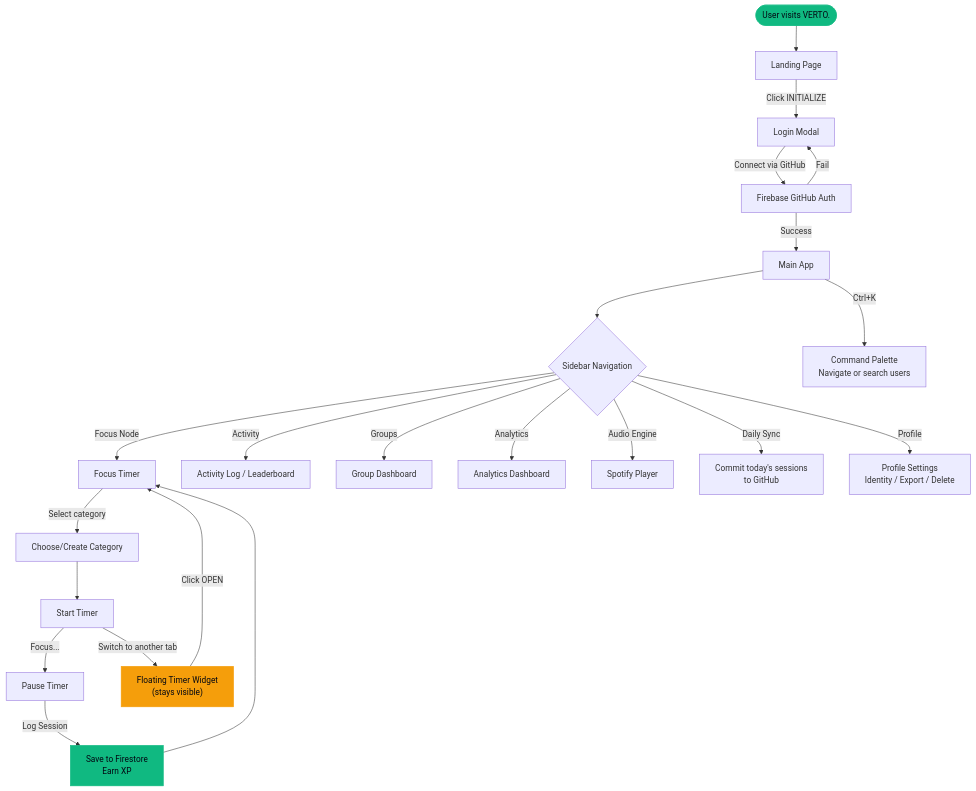
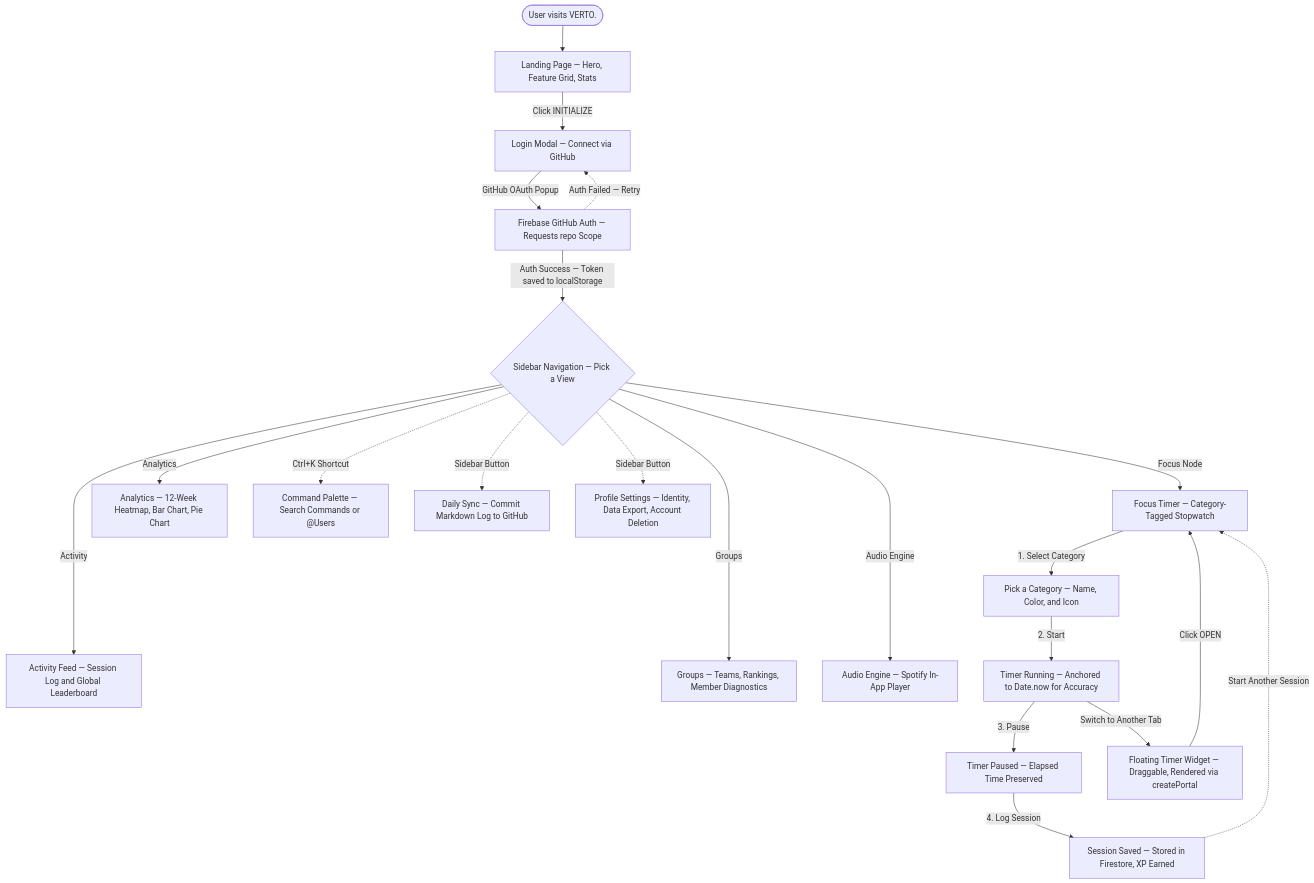
One commit to yuvrajshrirame/verto changed the second of 3 diagrams in README.md. Above: the diagram before and after it, drawn with Mermaid. The commit also changed other lines of this file, not shown here.

Commit message:
docs: improve diagram readability

````diff
--- a/README.md
+++ b/README.md
@@ -139,33 +135,30 @@
 ```mermaid
-flowchart TD
-    START(["User visits VERTO."]) --> LANDING["Landing Page"]
-    LANDING -->|"Click INITIALIZE"| LOGIN_MODAL["Login Modal"]
-    LOGIN_MODAL -->|"Connect via GitHub"| AUTH["Firebase GitHub Auth"]
-    AUTH -->|"Success"| MAIN["Main App"]
-    AUTH -->|"Fail"| LOGIN_MODAL
+flowchart TB
 
-    MAIN --> SIDEBAR{"Sidebar Navigation"}
+    START(["User visits VERTO."]) --> LANDING["Landing Page — Hero, Feature Grid, Stats"]
+    LANDING -- "Click INITIALIZE" --> LOGIN["Login Modal — Connect via GitHub"]
+    LOGIN -- "GitHub OAuth Popup" --> FIREBASE_AUTH["Firebase GitHub Auth — Requests repo Scope"]
+    FIREBASE_AUTH -- "Auth Success — Token saved to localStorage" --> NAV
+    FIREBASE_AUTH -. "Auth Failed — Retry" .-> LOGIN
 
-    SIDEBAR -->|"Focus Node"| FOCUS["Focus Timer"]
-    SIDEBAR -->|"Activity"| ACTIVITY["Activity Log / Leaderboard"]
-    SIDEBAR -->|"Groups"| GROUP["Group Dashboard"]
-    SIDEBAR -->|"Analytics"| ANALYTIC["Analytics Dashboard"]
-    SIDEBAR -->|"Audio Engine"| AUDIO["Spotify Player"]
+    NAV{"Sidebar Navigation — Pick a View"}
 
-    FOCUS -->|"Select category"| CAT["Choose/Create Category"]
-    CAT --> START_TIMER["Start Timer"]
-    START_TIMER -->|"Focus..."| PAUSE["Pause Timer"]
-    PAUSE -->|"Log Session"| SAVE["Save to Firestore<br/>Earn XP"]
-    SAVE --> FOCUS
+    NAV -- "Focus Node" --> FOCUS["Focus Timer — Category-Tagged Stopwatch"]
+    NAV -- "Activity" ----> ACTIVITY["Activity Feed — Session Log and Global Leaderboard"]
+    NAV -- "Groups" ----> GROUPVIEW["Groups — Teams, Rankings, Member Diagnostics"]
+    NAV -- "Analytics" --> ANALYTICVIEW["Analytics — 12-Week Heatmap, Bar Chart, Pie Chart"]
+    NAV -- "Audio Engine" ----> AUDIO["Audio Engine — Spotify In-App Player"]
 
-    START_TIMER -->|"Switch to another tab"| WIDGET["Floating Timer Widget<br/>(stays visible)"]
-    WIDGET -->|"Click OPEN"| FOCUS
+    FOCUS -- "1. Select Category" --> PICK["Pick a Category — Name, Color, and Icon"]
+    PICK -- "2. Start" --> RUN["Timer Running — Anchored to Date.now for Accuracy"]
+    RUN -- "3. Pause" --> PAUSE["Timer Paused — Elapsed Time Preserved"]
+    PAUSE -- "4. Log Session" --> LOG["Session Saved — Stored in Firestore, XP Earned"]
+    LOG -. "Start Another Session" .-> FOCUS
 
-    SIDEBAR -->|"Daily Sync"| DAILY["Commit today's sessions<br/>to GitHub"]
-    SIDEBAR -->|"Profile"| PROF["Profile Settings<br/>Identity / Export / Delete"]
-    MAIN -->|"Ctrl+K"| CMD_PAL["Command Palette<br/>Navigate or search users"]
+    RUN -- "Switch to Another Tab" --> WIDGET["Floating Timer Widget — Draggable, Rendered via createPortal"]
+    WIDGET -- "Click OPEN" --> FOCUS
 
-    style START fill:#10b981,stroke:#10b981,color:#030712
-    style SAVE fill:#10b981,stroke:#10b981,color:#030712
-    style WIDGET fill:#f59e0b,stroke:#f59e0b,color:#030712
+    NAV -. "Ctrl+K Shortcut" .-> CMD["Command Palette — Search Commands or @Users"]
+    NAV -. "Sidebar Button" .-> SYNC["Daily Sync — Commit Markdown Log to GitHub"]
+    NAV -. "Sidebar Button" .-> PROF["Profile Settings — Identity, Data Export, Account Deletion"]
 ```
````
